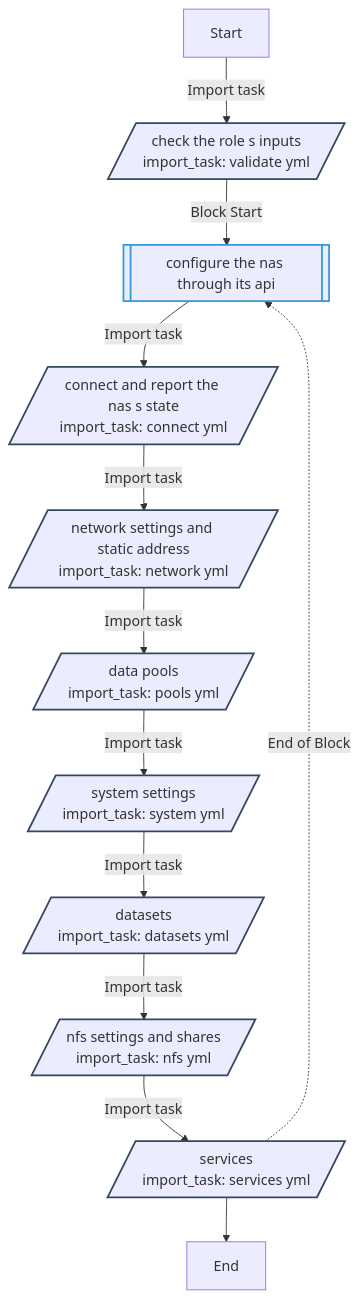
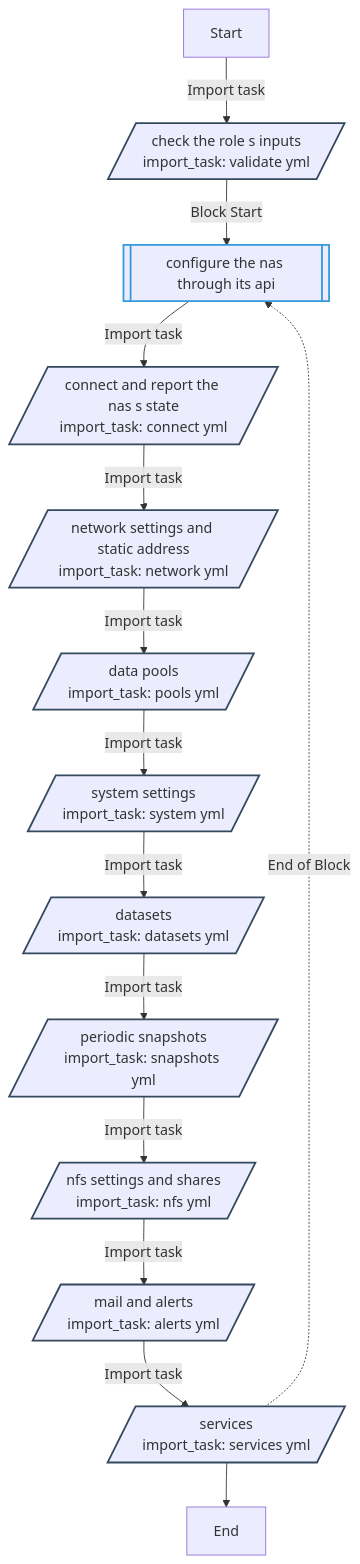
The fourth of 11 diagrams in roles/truenas/REFERENCE.md (kawadeomkar/homeserver), drawn with Mermaid before and after one commit. The commit also changed other lines of this file and 19 other files, not shown here.

First line of the commit message:
feat(truenas): snapshot the persistent VMs' disks, and mail the NAS's alerts

````diff
--- a/roles/truenas/REFERENCE.md
+++ b/roles/truenas/REFERENCE.md
@@ -598,24 +681,26 @@
 ```mermaid
 flowchart TD
 Start
 classDef block stroke:#3498db,stroke-width:2px;
 classDef task stroke:#4b76bb,stroke-width:2px;
 classDef includeTasks stroke:#16a085,stroke-width:2px;
 classDef importTasks stroke:#34495e,stroke-width:2px;
 classDef includeRole stroke:#2980b9,stroke-width:2px;
 classDef importRole stroke:#699ba7,stroke-width:2px;
 classDef includeVars stroke:#8e44ad,stroke-width:2px;
 classDef rescue stroke:#665352,stroke-width:2px;
 
   Start-->|Import task| Check_the_role_s_inputs_validate_yml_0[/check the role s inputs<br>import_task: validate yml/]:::importTasks
   Check_the_role_s_inputs_validate_yml_0-->|Block Start| Configure_the_NAS_through_its_API1_block_start_0[[configure the nas through its api]]:::block
   Configure_the_NAS_through_its_API1_block_start_0-->|Import task| Connect_and_report_the_NAS_s_state_connect_yml_0[/connect and report the nas s state<br>import_task: connect yml/]:::importTasks
   Connect_and_report_the_NAS_s_state_connect_yml_0-->|Import task| Network_settings_and_static_address_network_yml_1[/network settings and static address<br>import_task: network yml/]:::importTasks
   Network_settings_and_static_address_network_yml_1-->|Import task| Data_pools_pools_yml_2[/data pools<br>import_task: pools yml/]:::importTasks
   Data_pools_pools_yml_2-->|Import task| System_settings_system_yml_3[/system settings<br>import_task: system yml/]:::importTasks
   System_settings_system_yml_3-->|Import task| Datasets_datasets_yml_4[/datasets<br>import_task: datasets yml/]:::importTasks
-  Datasets_datasets_yml_4-->|Import task| NFS_settings_and_shares_nfs_yml_5[/nfs settings and shares<br>import_task: nfs yml/]:::importTasks
-  NFS_settings_and_shares_nfs_yml_5-->|Import task| Services_services_yml_6[/services<br>import_task: services yml/]:::importTasks
-  Services_services_yml_6-.->|End of Block| Configure_the_NAS_through_its_API1_block_start_0
-  Services_services_yml_6-->End
+  Datasets_datasets_yml_4-->|Import task| Periodic_snapshots_snapshots_yml_5[/periodic snapshots<br>import_task: snapshots yml/]:::importTasks
+  Periodic_snapshots_snapshots_yml_5-->|Import task| NFS_settings_and_shares_nfs_yml_6[/nfs settings and shares<br>import_task: nfs yml/]:::importTasks
+  NFS_settings_and_shares_nfs_yml_6-->|Import task| Mail_and_alerts_alerts_yml_7[/mail and alerts<br>import_task: alerts yml/]:::importTasks
+  Mail_and_alerts_alerts_yml_7-->|Import task| Services_services_yml_8[/services<br>import_task: services yml/]:::importTasks
+  Services_services_yml_8-.->|End of Block| Configure_the_NAS_through_its_API1_block_start_0
+  Services_services_yml_8-->End
 ```
````
